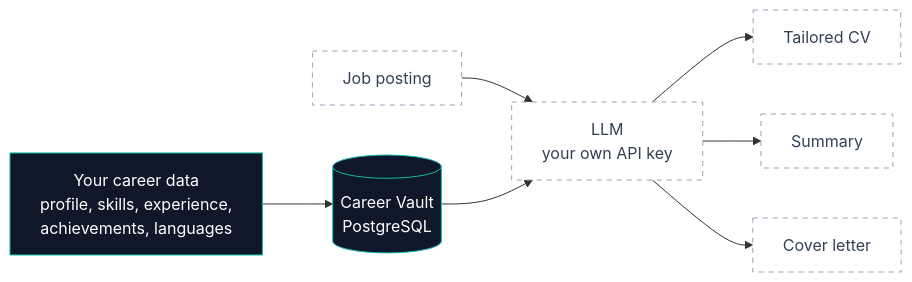
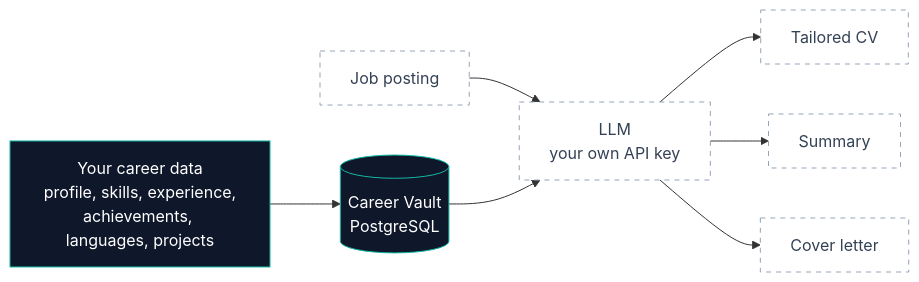
The first of 2 diagrams in README.md (GioStack/career-copilot), drawn with Mermaid before and after one commit. The commit also changed other lines of this file, not shown here.

Commit message:
docs: add projects to README status

````diff
--- a/README.md
+++ b/README.md
@@ -15,14 +15,14 @@
 ```mermaid
 flowchart LR
-    A["Your career data<br/>profile, skills, experience,<br/>achievements, languages"] --> B[("Career Vault<br/>PostgreSQL")]
+    A["Your career data<br/>profile, skills, experience,<br/>achievements, languages, projects"] --> B[("Career Vault<br/>PostgreSQL")]
     J["Job posting"] --> C["LLM<br/>your own API key"]
     B --> C
     C --> D["Tailored CV"]
     C --> E["Summary"]
     C --> F["Cover letter"]
 
     classDef done fill:#0F172A,stroke:#14B8A6,color:#fff
     classDef next fill:#fff,stroke:#94A3B8,color:#334155,stroke-dasharray: 5 5
     class A,B done
     class J,C,D,E,F next
 ```
````
